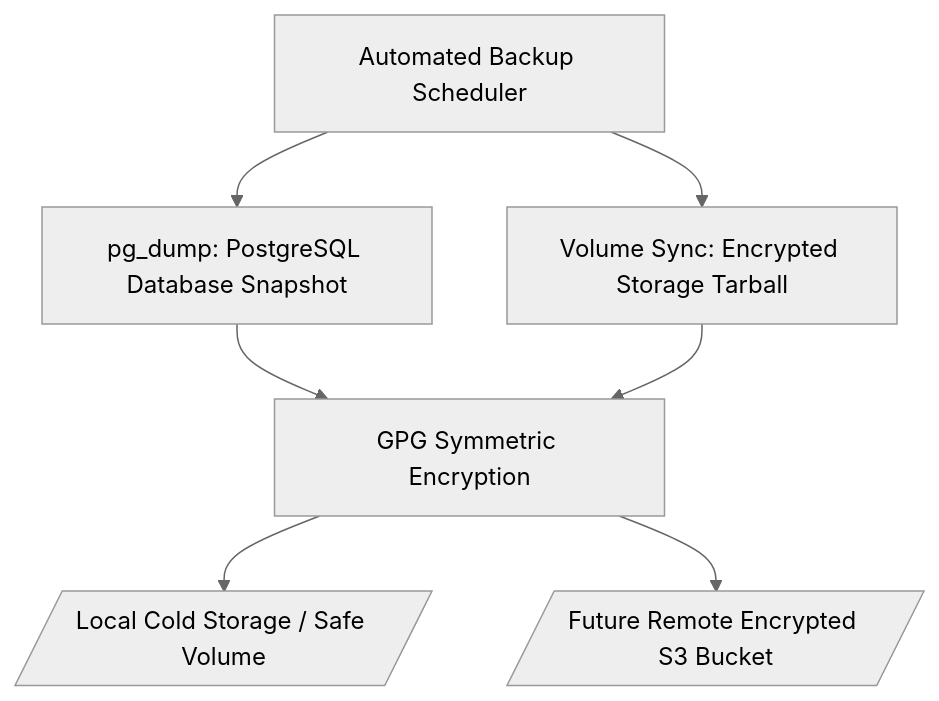
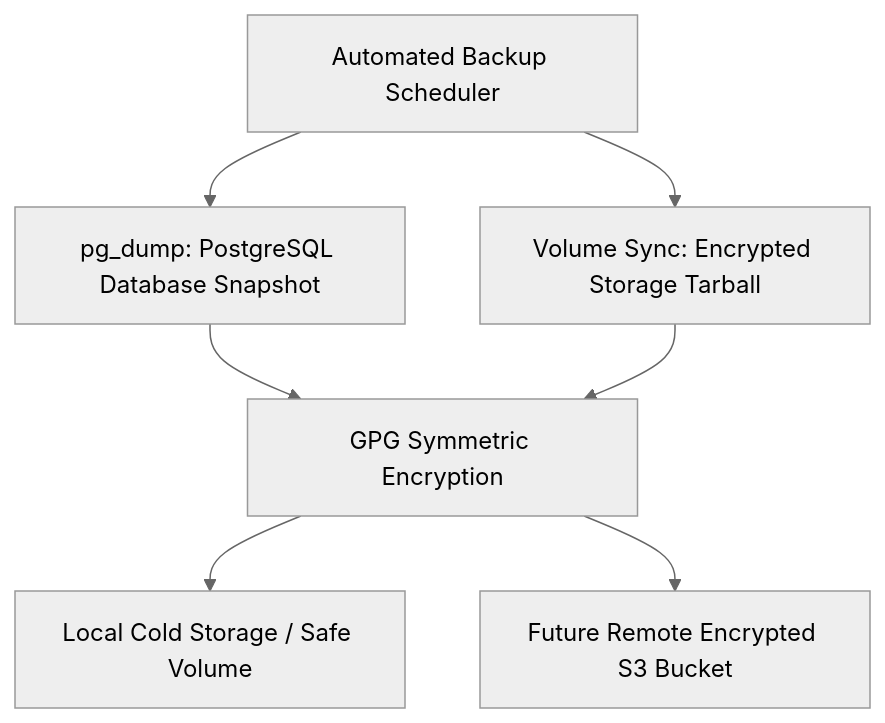
Before and after one commit to sharancode3/TunnelTrace-AI: the tenth of 15 diagrams in docs/architecture/DEPLOYMENT.md, drawn with Mermaid (neutral theme). The commit also changed other lines of this file and 14 other files, not shown here.

Commit message:
fix(docs): standardize all Mermaid diagram syntax for GitHub rendering

````diff
--- a/docs/architecture/DEPLOYMENT.md
+++ b/docs/architecture/DEPLOYMENT.md
@@ -886,11 +923,13 @@
 ```mermaid
+
 graph TD
-    CRON[Automated Backup Scheduler] --> SNAP_DB[pg_dump: PostgreSQL Database Snapshot]
-    CRON --> SNAP_STOR[Volume Sync: Encrypted Storage Tarball]
+    CRON["Automated Backup Scheduler"] --> SNAP_DB["pg_dump: PostgreSQL Database Snapshot"]
+    CRON --> SNAP_STOR["Volume Sync: Encrypted Storage Tarball"]
     
-    SNAP_DB --> ENCR[GPG Symmetric Encryption]
+    SNAP_DB --> ENCR["GPG Symmetric Encryption"]
     SNAP_STOR --> ENCR
     
-    ENCR --> DEST_LOCAL[/Local Cold Storage / Safe Volume/]
-    ENCR --> DEST_REMOTE[/Future Remote Encrypted S3 Bucket/]
+    ENCR --> DEST_LOCAL["Local Cold Storage / Safe Volume"]
+    ENCR --> DEST_REMOTE["Future Remote Encrypted S3 Bucket"]
+
 ```
````
